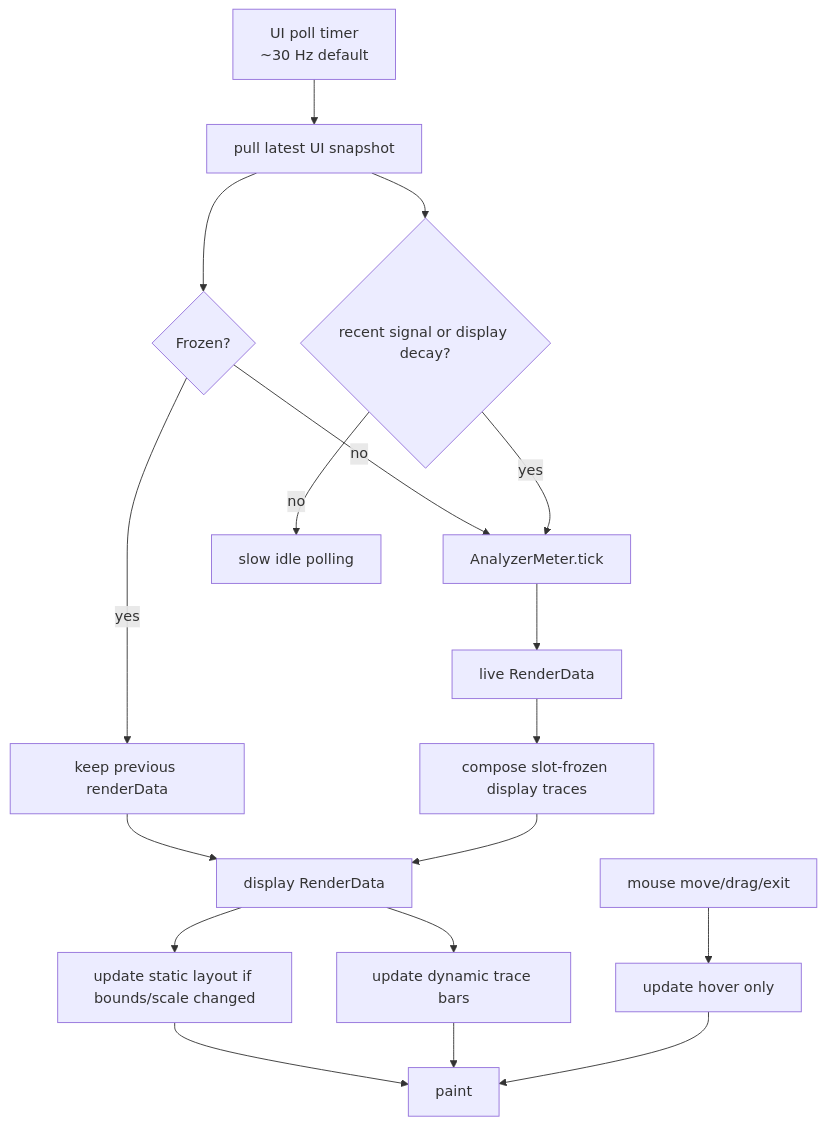
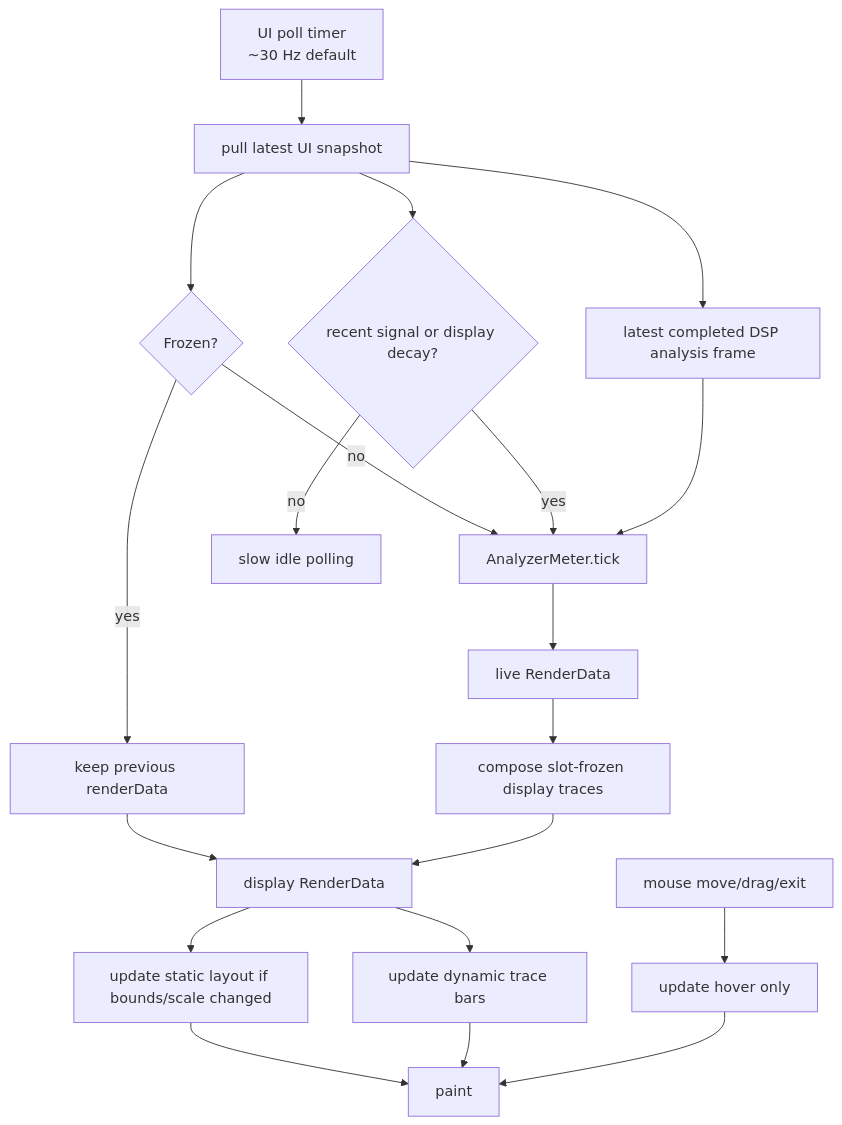
Before and after one commit to Silenterc/Band-Spectrum-Analyzer: the fourth of 10 diagrams in docs/ui-architecture.md, drawn with Mermaid. The commit also changed other lines of this file and 8 other files, not shown here.

Commit message:
Made analysis smoother by tolerant peak hold and better dsp -> ui transfer

````diff
--- a/docs/ui-architecture.md
+++ b/docs/ui-architecture.md
@@ -102,20 +102,22 @@
 ```mermaid
 flowchart TD
     Timer[UI poll timer\n~30 Hz default] --> Pull[pull latest UI snapshot]
     Pull --> Frozen{Frozen?}
     Pull --> Activity{recent signal or display decay?}
     Frozen -->|no| Meter[AnalyzerMeter.tick]
     Frozen -->|yes| Keep[keep previous renderData]
     Activity -->|no| Idle[slow idle polling]
     Activity -->|yes| Meter
+    Pull --> RawFrame[latest completed DSP analysis frame]
+    RawFrame --> Meter
     Meter --> LiveRender[live RenderData]
     LiveRender --> Compose[compose slot-frozen display traces]
     Keep --> RenderData
     Compose --> RenderData[display RenderData]
     RenderData --> Static[update static layout if bounds/scale changed]
     RenderData --> Dynamic[update dynamic trace bars]
     Hover[mouse move/drag/exit] --> HoverModel[update hover only]
     Static --> Paint[paint]
     Dynamic --> Paint
     HoverModel --> Paint
 ```
````
